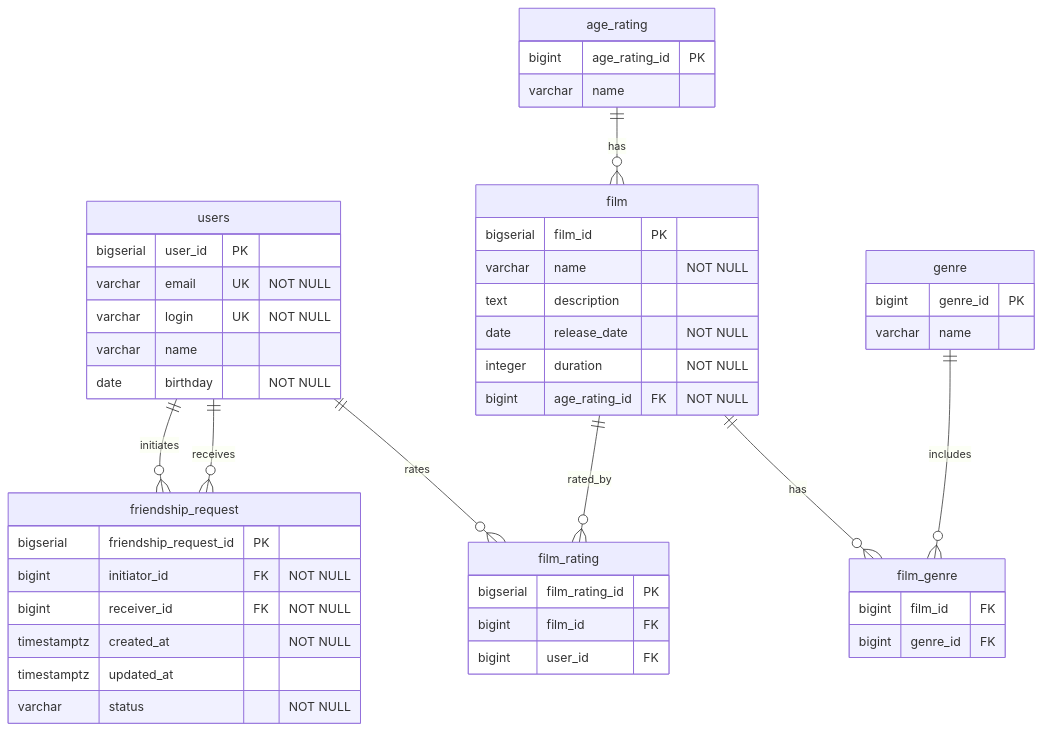
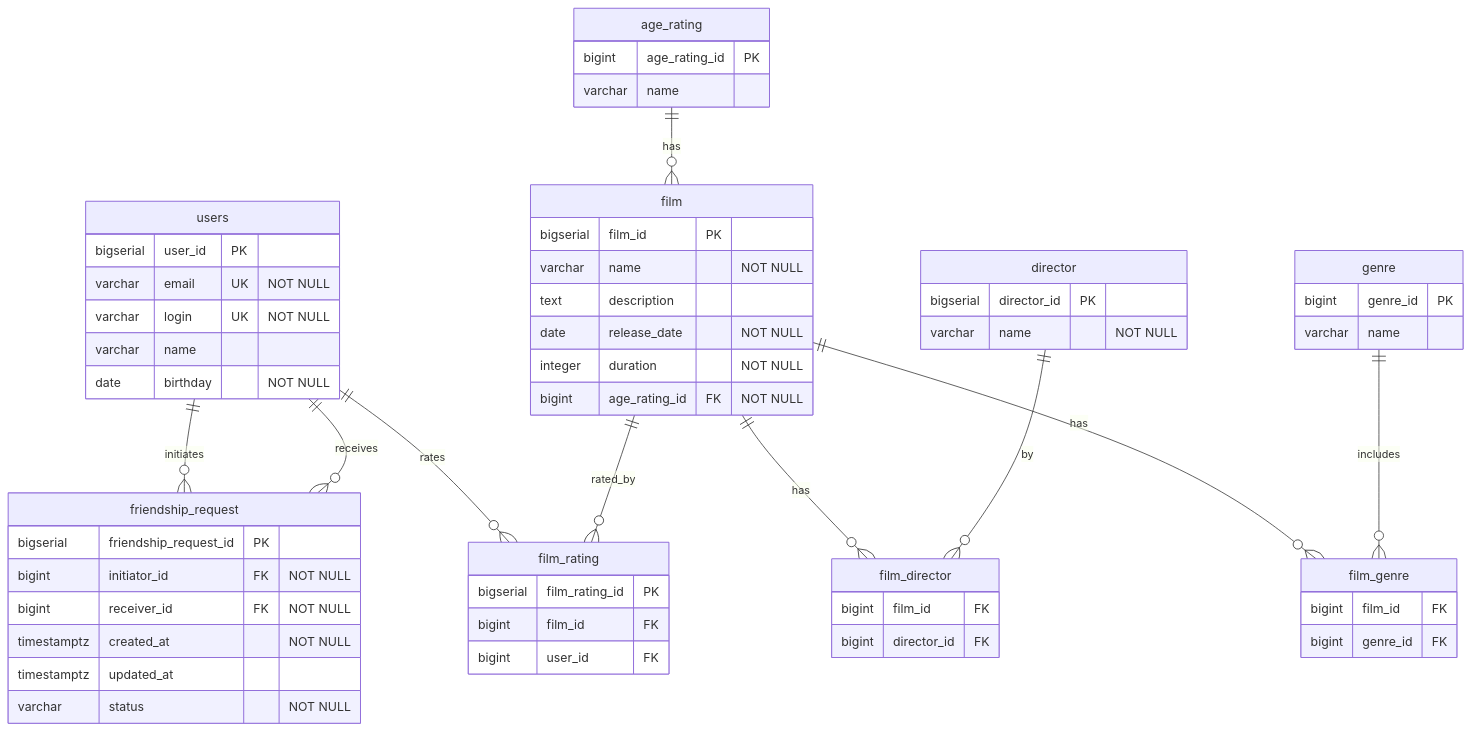
One commit to wallnnut/java-filmorate changed the diagram in README.md. Above: the diagram before and after it, drawn with Mermaid. The commit also changed other lines of this file and 3 other files, not shown here.

Commit message:
feat: add directors logic, dto and update readme er-diagram

````diff
--- a/README.md
+++ b/README.md
@@ -7,57 +7,69 @@
 ```mermaid
 erDiagram
     users ||--o{ film_rating: "rates"
     film ||--o{ film_rating: "rated_by"
     users ||--o{ friendship_request: "initiates"
     users ||--o{ friendship_request: "receives"
     age_rating ||--o{ film: "has"
     film ||--o{ film_genre: "has"
     genre ||--o{ film_genre: "includes"
+    film ||--o{ film_director: "has"
+    director ||--o{ film_director: "by"
 
     users {
         bigserial user_id PK
         varchar email UK "NOT NULL"
         varchar login UK "NOT NULL"
         varchar name
         date birthday "NOT NULL"
     }
 
     film {
         bigserial film_id PK
         varchar name "NOT NULL"
         text description
         date release_date "NOT NULL"
         integer duration "NOT NULL"
         bigint age_rating_id FK "NOT NULL"
     }
 
     genre {
         bigint genre_id PK
         varchar name
     }
 
     age_rating {
         bigint age_rating_id PK
         varchar name
     }
 
     film_genre {
         bigint film_id FK
         bigint genre_id FK
     }
 
     friendship_request {
         bigserial friendship_request_id PK
         bigint initiator_id FK "NOT NULL"
         bigint receiver_id FK "NOT NULL"
         timestamptz created_at "NOT NULL"
         timestamptz updated_at
         varchar status "NOT NULL"
     }
 
     film_rating {
         bigserial film_rating_id PK
         bigint film_id FK
         bigint user_id FK
     }
+
+    director {
+        bigserial director_id PK
+        varchar name "NOT NULL"
+    }
+
+    film_director {
+        bigint film_id FK
+        bigint director_id FK
+    }
 ```
````
